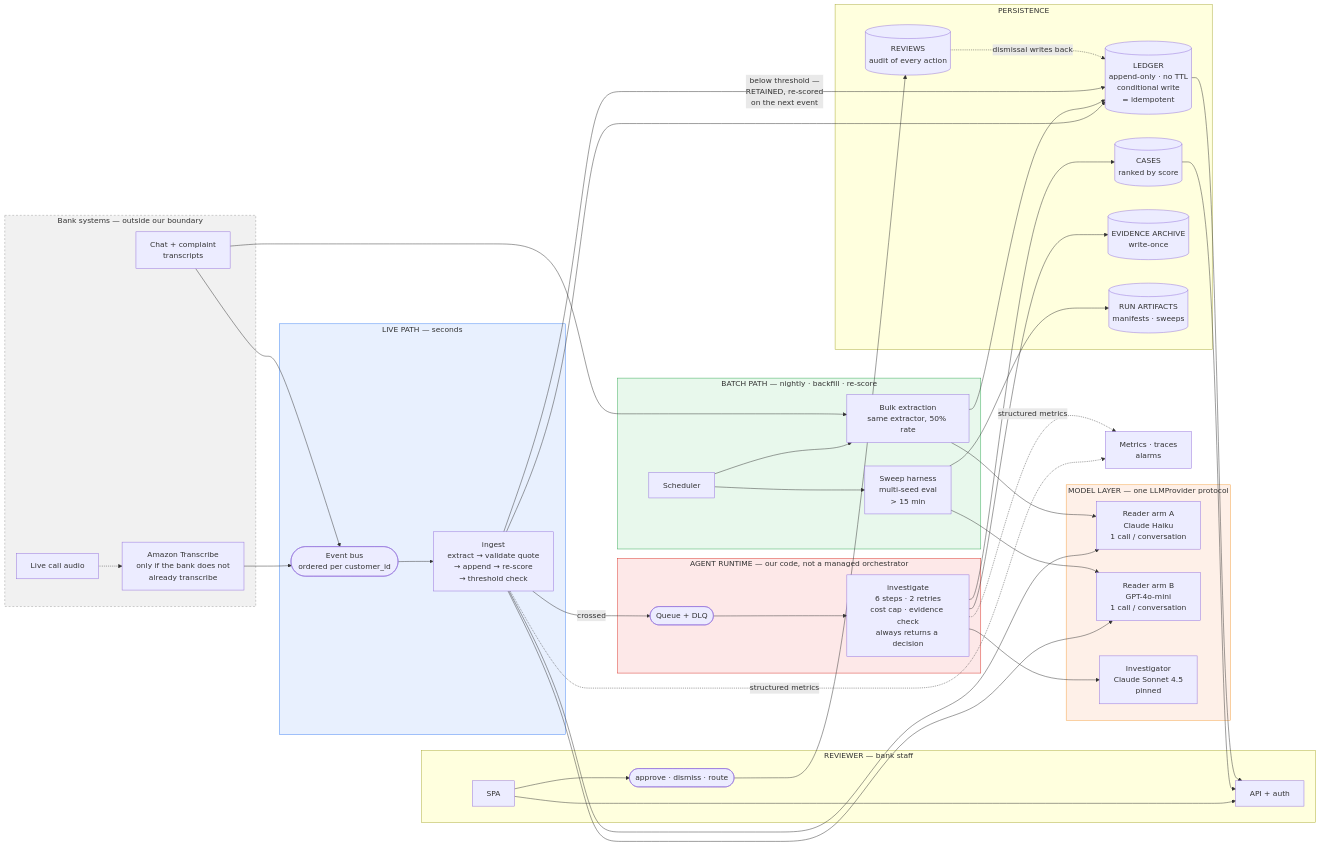
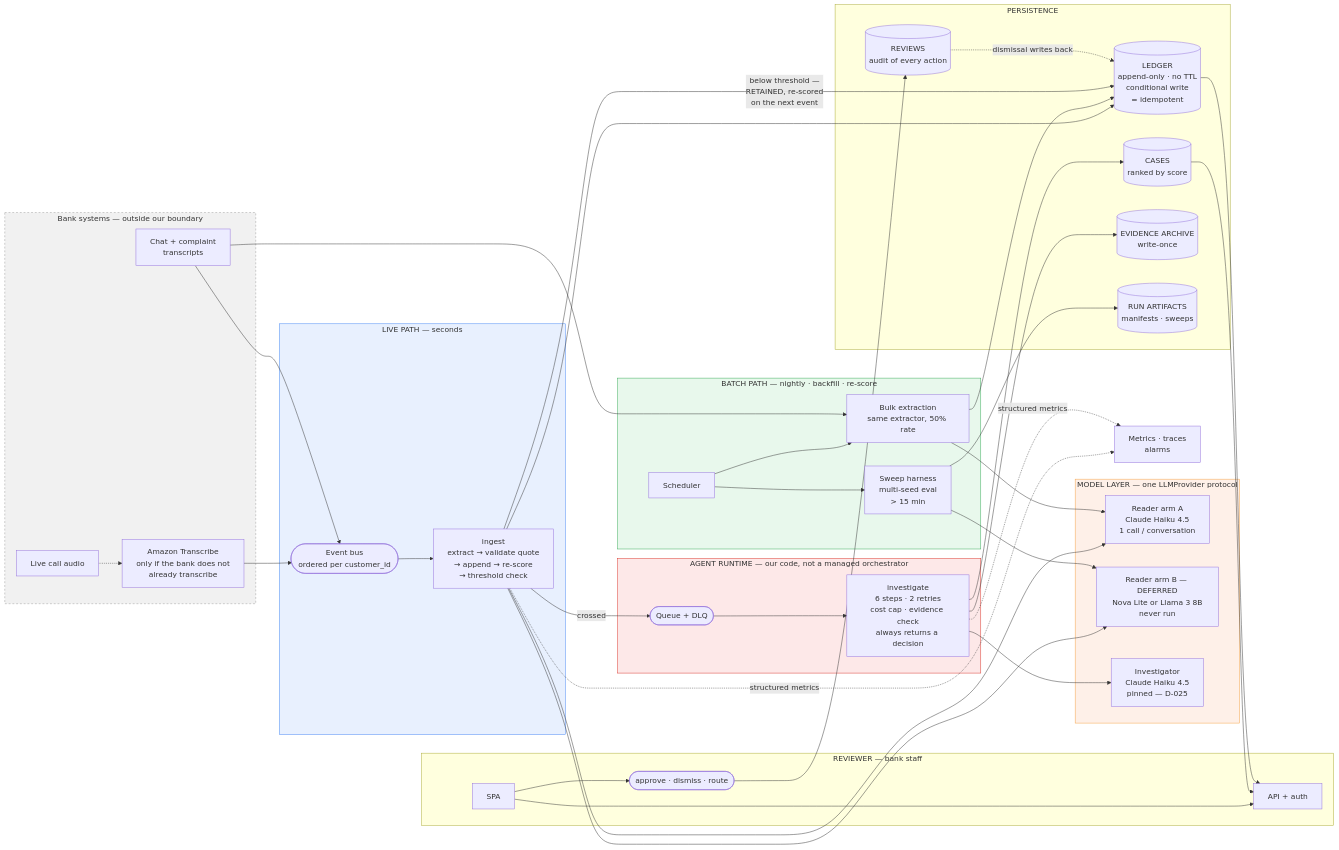
The diagram in docs/architecture/infrastructure.md (ravijp/Genesis_2026), drawn with Mermaid before and after one commit. The commit also changed other lines of this file and 3 other files, not shown here.

```diff
--- a/docs/architecture/infrastructure.md
+++ b/docs/architecture/infrastructure.md
@@ -77,9 +83,9 @@
     end
 
     subgraph MODELS["MODEL LAYER — one LLMProvider protocol"]
-        READA["Reader arm A<br/>Claude Haiku<br/>1 call / conversation"]
-        READB["Reader arm B<br/>GPT-4o-mini<br/>1 call / conversation"]
-        JUDGE["Investigator<br/>Claude Sonnet 4.5<br/>pinned"]
+        READA["Reader arm A<br/>Claude Haiku 4.5<br/>1 call / conversation"]
+        READB["Reader arm B — DEFERRED<br/>Nova Lite or Llama 3 8B<br/>never run"]
+        JUDGE["Investigator<br/>Claude Haiku 4.5<br/>pinned — D-025"]
     end
 
     subgraph STORE["PERSISTENCE"]
```
